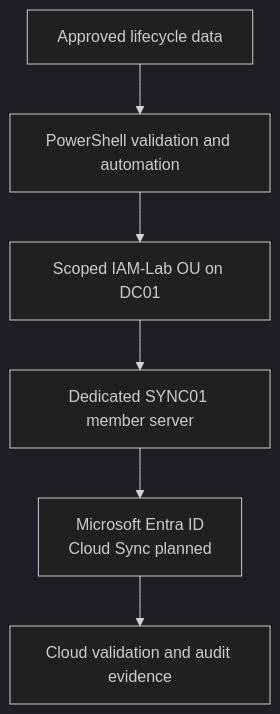
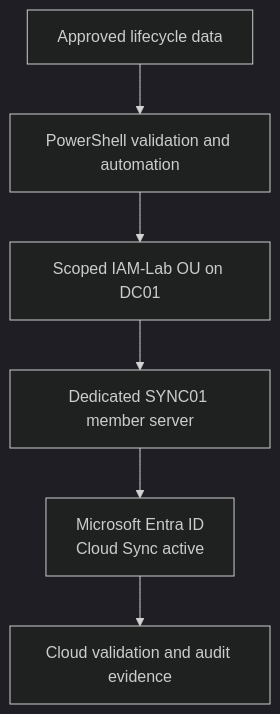
One commit to danielbeltran26/microsoft-hybrid-identity-lifecycle-automation changed the diagram in README.md. Above: the diagram before and after it, drawn with Mermaid (dark theme). The commit also changed other lines of this file and 14 other files, not shown here.

First line of the commit message:
Complete scoped Microsoft Entra Cloud Sync milestone

````diff
--- a/README.md
+++ b/README.md
@@ -46,8 +46,8 @@
 ```mermaid
 flowchart TD
     INPUT["Approved lifecycle data"] --> AUTO["PowerShell validation and automation"]
     AUTO --> AD["Scoped IAM-Lab OU on DC01"]
     AD --> SYNC["Dedicated SYNC01 member server"]
-    SYNC --> ENTRA["Microsoft Entra ID<br/>Cloud Sync planned"]
+    SYNC --> ENTRA["Microsoft Entra ID<br/>Cloud Sync active"]
     ENTRA --> EVIDENCE["Cloud validation and audit evidence"]
 ```
````
